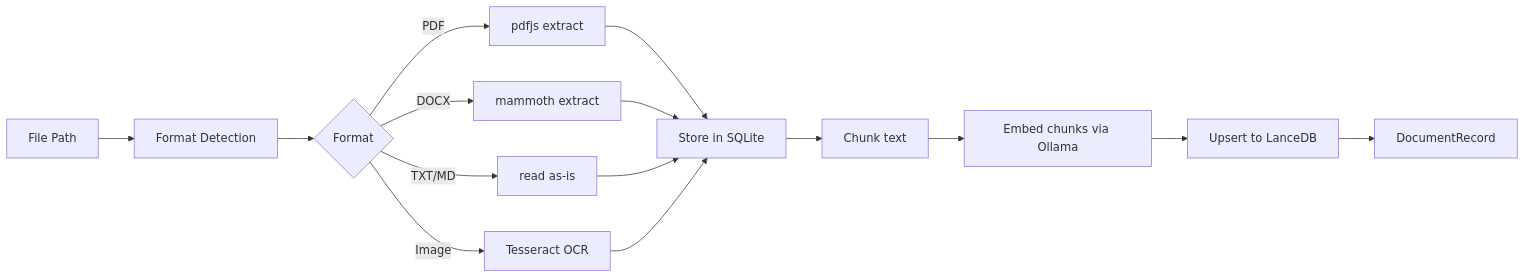
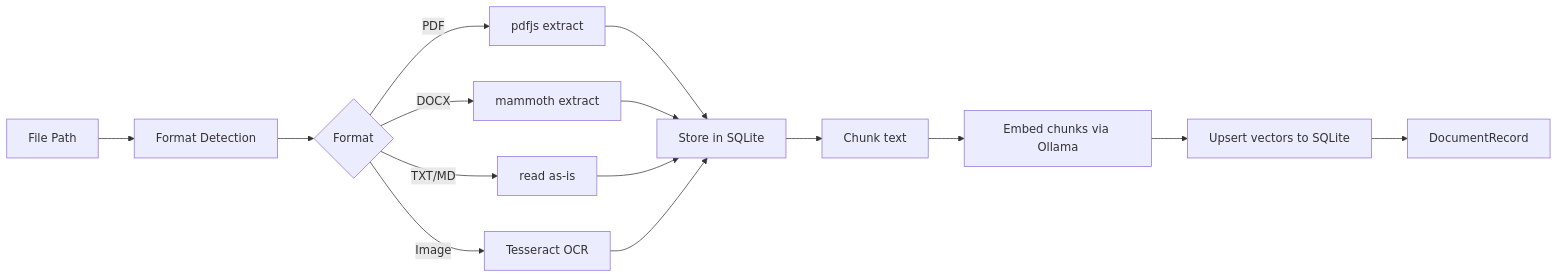
One commit to saeedkolivand/ai-job-hunter-app changed the diagram in docs/PATTERNS.md. Above: the diagram before and after it, drawn with Mermaid. The commit also changed other lines of this file and 114 other files, not shown here.

````diff
--- a/docs/PATTERNS.md
+++ b/docs/PATTERNS.md
@@ -273,14 +273,14 @@
 ```mermaid
 graph LR
     A[File Path] --> B[Format Detection]
     B --> C{Format}
     C -->|PDF| D[pdfjs extract]
     C -->|DOCX| E[mammoth extract]
     C -->|TXT/MD| F[read as-is]
     C -->|Image| G[Tesseract OCR]
     D & E & F & G --> H[Store in SQLite]
     H --> I[Chunk text]
     I --> J[Embed chunks via Ollama]
-    J --> K[Upsert to LanceDB]
+    J --> K[Upsert vectors to SQLite]
     K --> L[DocumentRecord]
 ```
````
